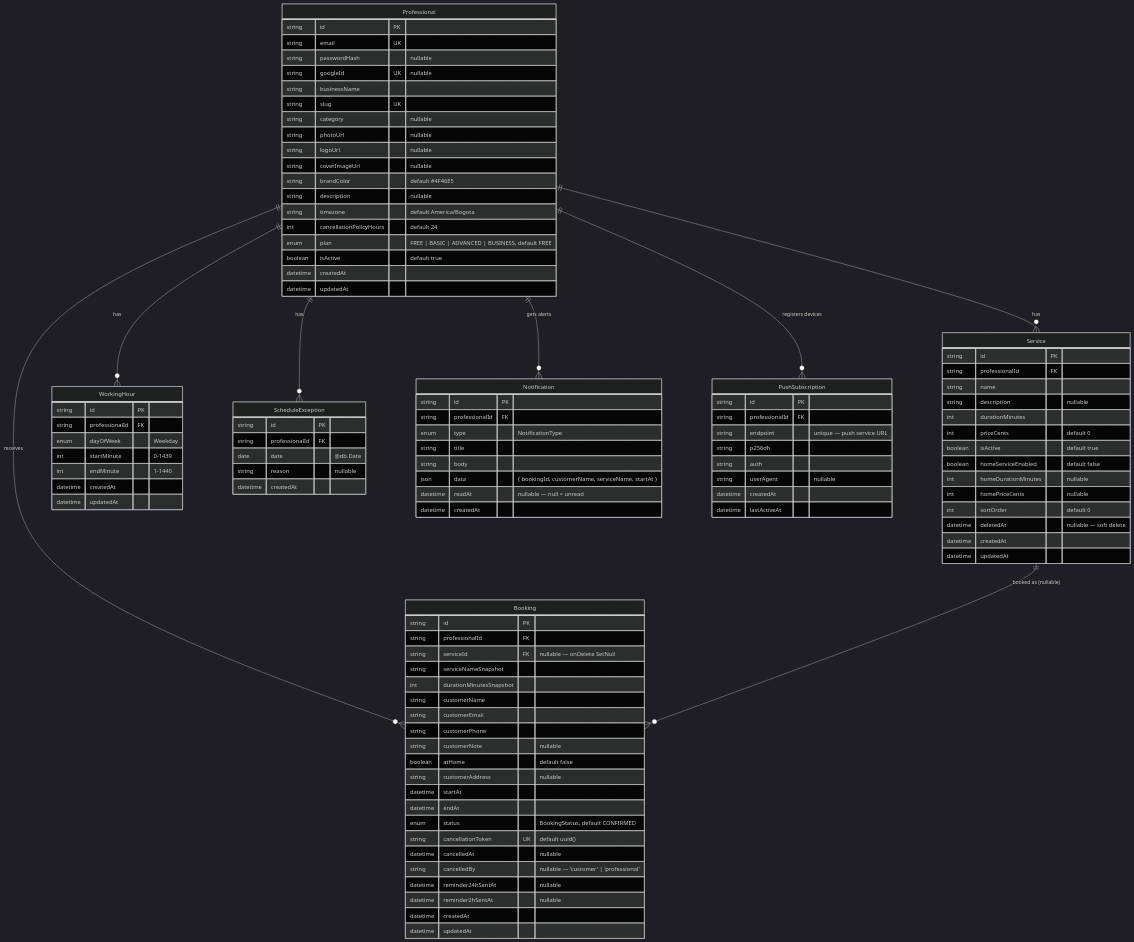
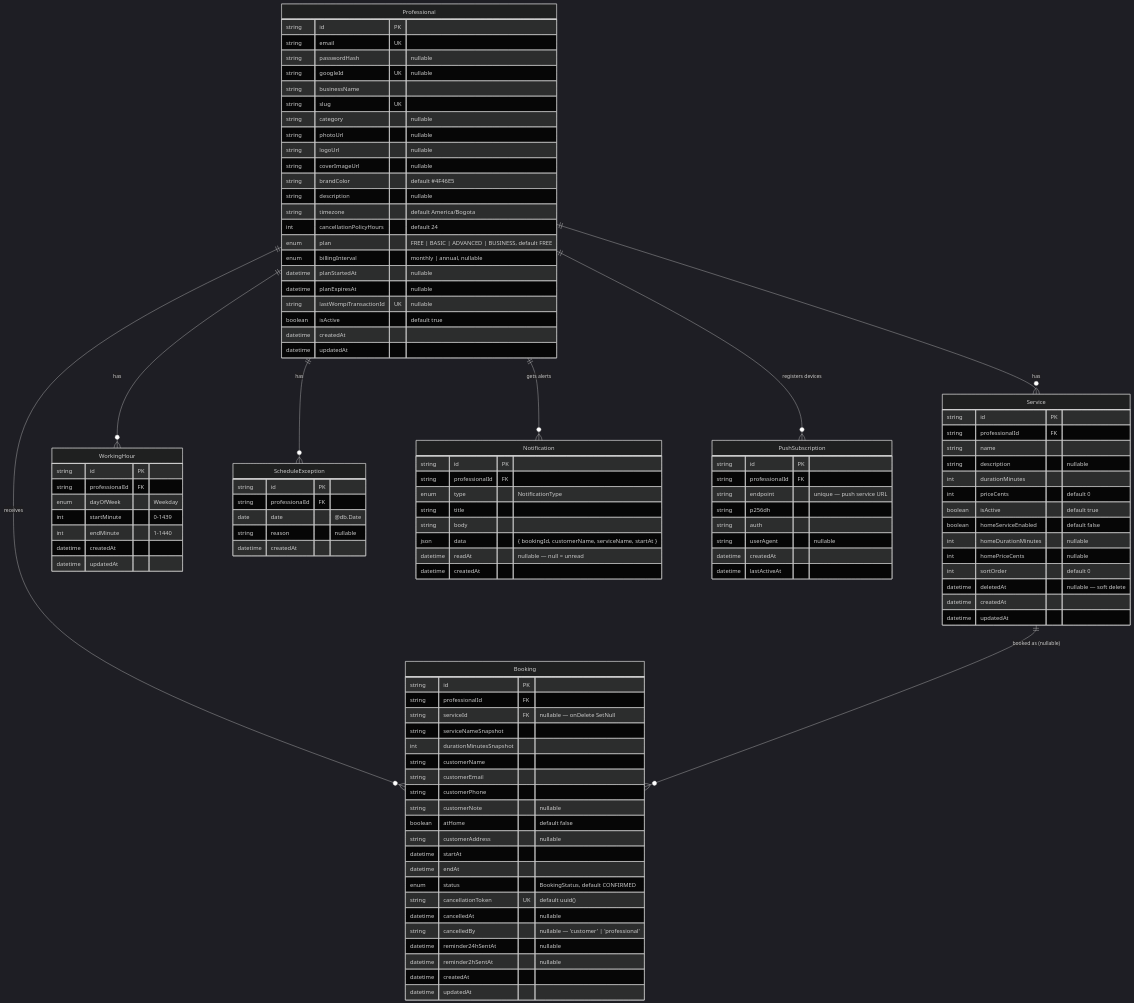
Before and after one commit to Emberalab/Agendya: the diagram in docs/src/content/docs/en/database/er-model.md, drawn with Mermaid (dark theme). The commit also changed 63 other files, not shown here.

Commit message:
cobrar el primer periodo con Wompi y registrar el ciclo del plan El profesional paga desde Perfil; el webhook/sync aplica el plan y Super Admin ve cuándo se compró y cuándo vence.

```diff
--- a/docs/src/content/docs/en/database/er-model.md
+++ b/docs/src/content/docs/en/database/er-model.md
@@ -34,6 +34,10 @@
     string timezone "default America/Bogota"
     int cancellationPolicyHours "default 24"
     enum plan "FREE | BASIC | ADVANCED | BUSINESS, default FREE"
+    enum billingInterval "monthly | annual, nullable"
+    datetime planStartedAt "nullable"
+    datetime planExpiresAt "nullable"
+    string lastWompiTransactionId UK "nullable"
     boolean isActive "default true"
     datetime createdAt
     datetime updatedAt
```
